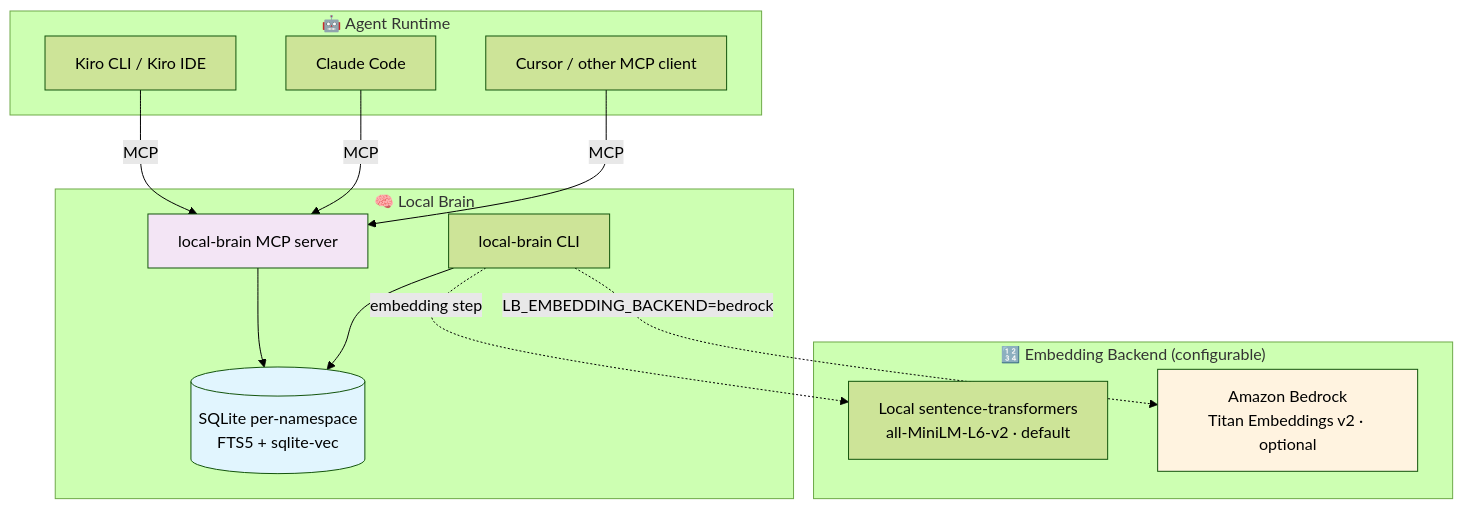
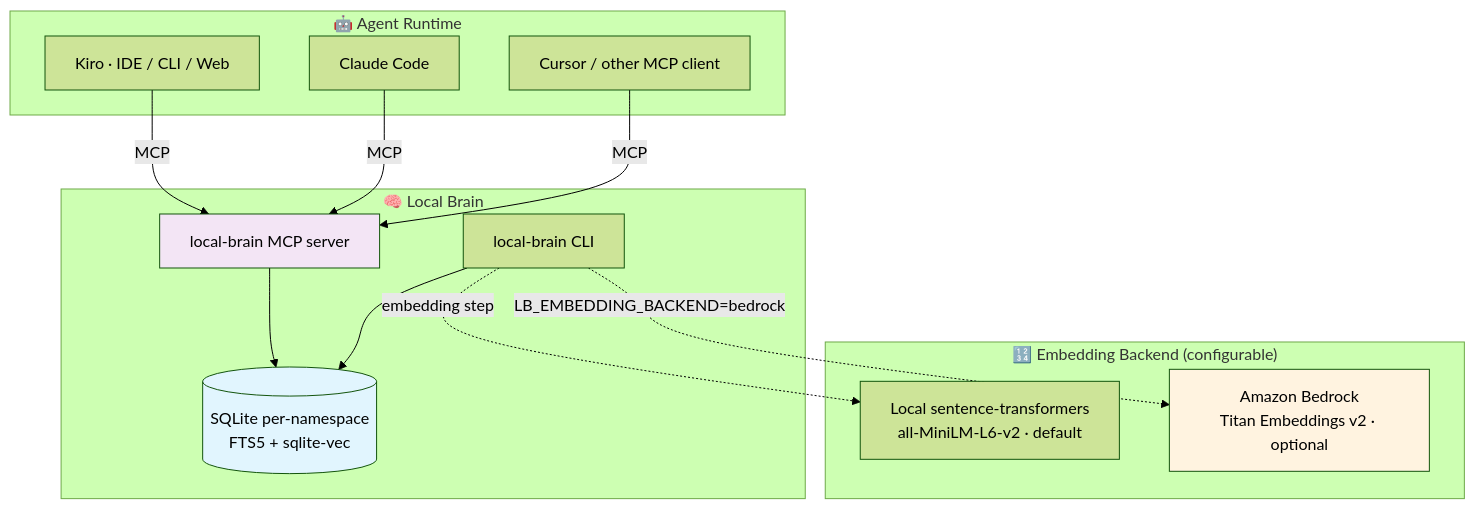
The diagram in implementation/implement-agent-memory-local-brain/README.md (aws-samples/sample-ai-powered-sdlc-patterns-with-aws), drawn with Mermaid (forest theme) before and after one commit. The commit also changed other lines of this file, not shown here.

First line of the commit message:
docs(local-brain): align with current Kiro public branding

````diff
--- a/implementation/implement-agent-memory-local-brain/README.md
+++ b/implementation/implement-agent-memory-local-brain/README.md
@@ -34,31 +34,31 @@
 ```mermaid
 graph TB
     subgraph "🤖 Agent Runtime"
-        Kiro[Kiro CLI / Kiro IDE]
+        Kiro[Kiro · IDE / CLI / Web]
         Claude[Claude Code]
         Cursor[Cursor / other MCP client]
     end
 
     subgraph "🧠 Local Brain"
         CLI[local-brain CLI]
         MCP[local-brain MCP server]
         Store[(SQLite per-namespace<br/>FTS5 + sqlite-vec)]
     end
 
     subgraph "🔢 Embedding Backend (configurable)"
         Local[Local sentence-transformers<br/>all-MiniLM-L6-v2 · default]
         Bedrock[Amazon Bedrock<br/>Titan Embeddings v2 · optional]
     end
 
     Kiro -- MCP --> MCP
     Claude -- MCP --> MCP
     Cursor -- MCP --> MCP
     MCP --> Store
     CLI --> Store
     CLI -.embedding step.-> Local
     CLI -.LB_EMBEDDING_BACKEND=bedrock.-> Bedrock
 
     style Bedrock fill:#fff3e0
     style Store fill:#e1f5fe
     style MCP fill:#f3e5f5
 ```
````
